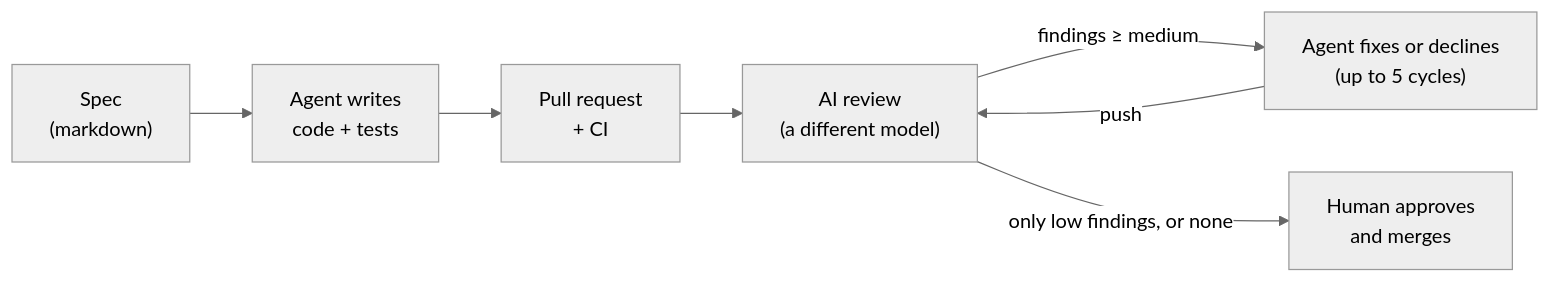
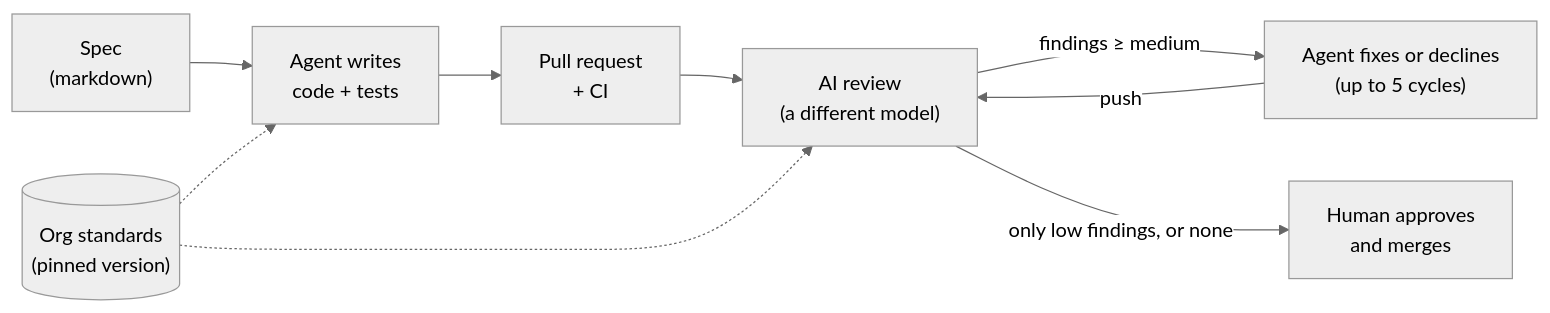
Before and after one commit to gonzzza/ai-dev-automation: the diagram in README.md, drawn with Mermaid (neutral theme). The commit also changed other lines of this file and 25 other files, not shown here.

First line of the commit message:
Give the agent the org engineering standards (#15)

````diff
--- a/README.md
+++ b/README.md
@@ -5,9 +5,11 @@
 ```mermaid
 flowchart LR
   spec["Spec<br/>(markdown)"] --> agent["Agent writes<br/>code + tests"]
   agent --> pr["Pull request<br/>+ CI"]
   pr --> review["AI review<br/>(a different model)"]
   review -- "findings ≥ medium" --> fix["Agent fixes or declines<br/>(up to 5 cycles)"]
   fix -- "push" --> review
   review -- "only low findings, or none" --> human["Human approves<br/>and merges"]
+  standards[("Org standards<br/>(pinned version)")] -.-> agent
+  standards -.-> review
 ```
````
